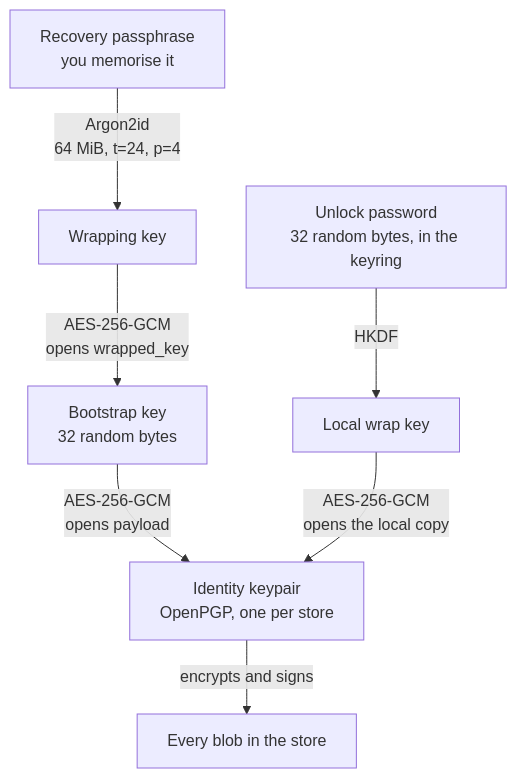
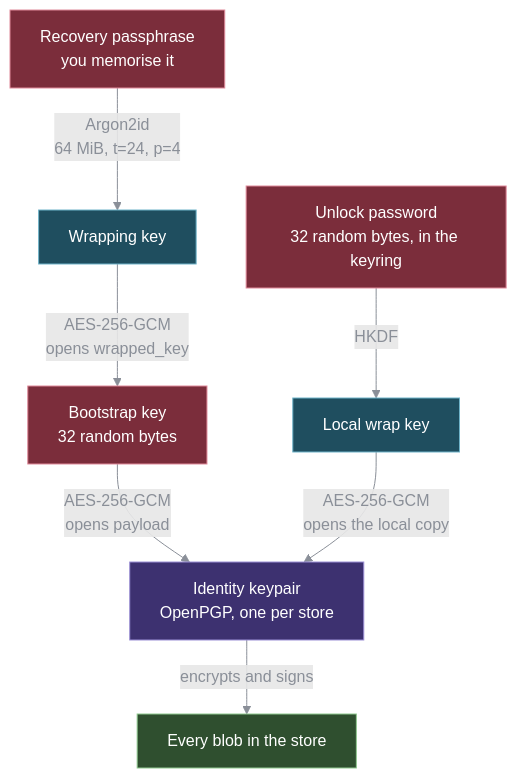
One commit to ushineko/angou changed the diagram in README.md. Above: the diagram before and after it, drawn with Mermaid.

Commit message:
docs: pin diagram colours so the key-derivation flow reads on a dark theme
The mermaid flowchart carried no styling, so it inherited the renderer's
default pale fills and near-black text, which washes out against a dark
background. Give each node an explicit dark fill with white label text and
a lighter stroke, and pin the edges to a mid grey that holds against either
background.

The classes also carry meaning the diagram did not show before: secrets,
derived keys, the identity both routes converge on, and the blobs.

````diff
--- a/README.md
+++ b/README.md
@@ -135,14 +135,25 @@
 ```mermaid
 flowchart TD
     RP["Recovery passphrase<br>you memorise it"]
     UP["Unlock password<br>32 random bytes, in the keyring"]
 
     RP -->|"Argon2id<br>64 MiB, t=24, p=4"| WK["Wrapping key"]
     WK -->|"AES-256-GCM<br>opens wrapped_key"| BK["Bootstrap key<br>32 random bytes"]
     BK -->|"AES-256-GCM<br>opens payload"| ID["Identity keypair<br>OpenPGP, one per store"]
 
     UP -->|"HKDF"| LW["Local wrap key"]
     LW -->|"AES-256-GCM<br>opens the local copy"| ID
 
     ID -->|"encrypts and signs"| BL["Every blob in the store"]
+
+    classDef secret fill:#7b2d3b,stroke:#e08a9a,stroke-width:1px,color:#ffffff
+    classDef derived fill:#1f4e5f,stroke:#6fb3c9,stroke-width:1px,color:#ffffff
+    classDef identity fill:#3d3170,stroke:#9b8fd6,stroke-width:1px,color:#ffffff
+    classDef data fill:#2f4f2f,stroke:#8fc98f,stroke-width:1px,color:#ffffff
+
+    class RP,UP,BK secret
+    class WK,LW derived
+    class ID identity
+    class BL data
+    linkStyle default stroke:#8a8f98,color:#8a8f98
 ```
````
